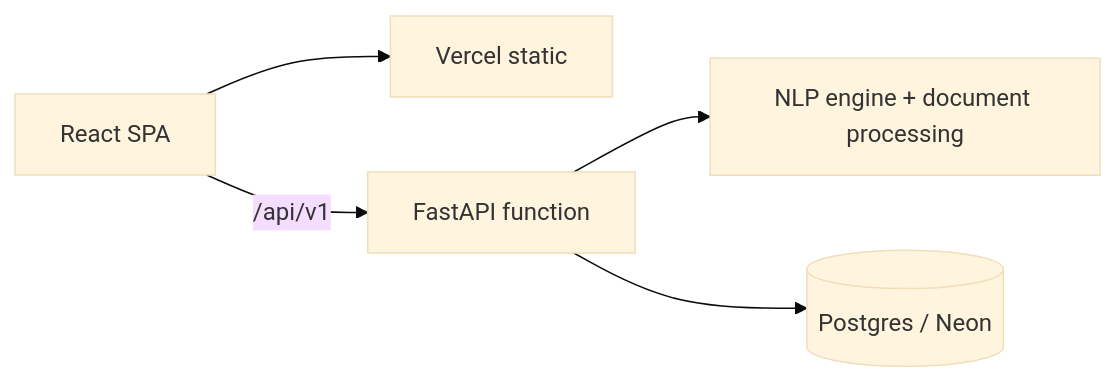
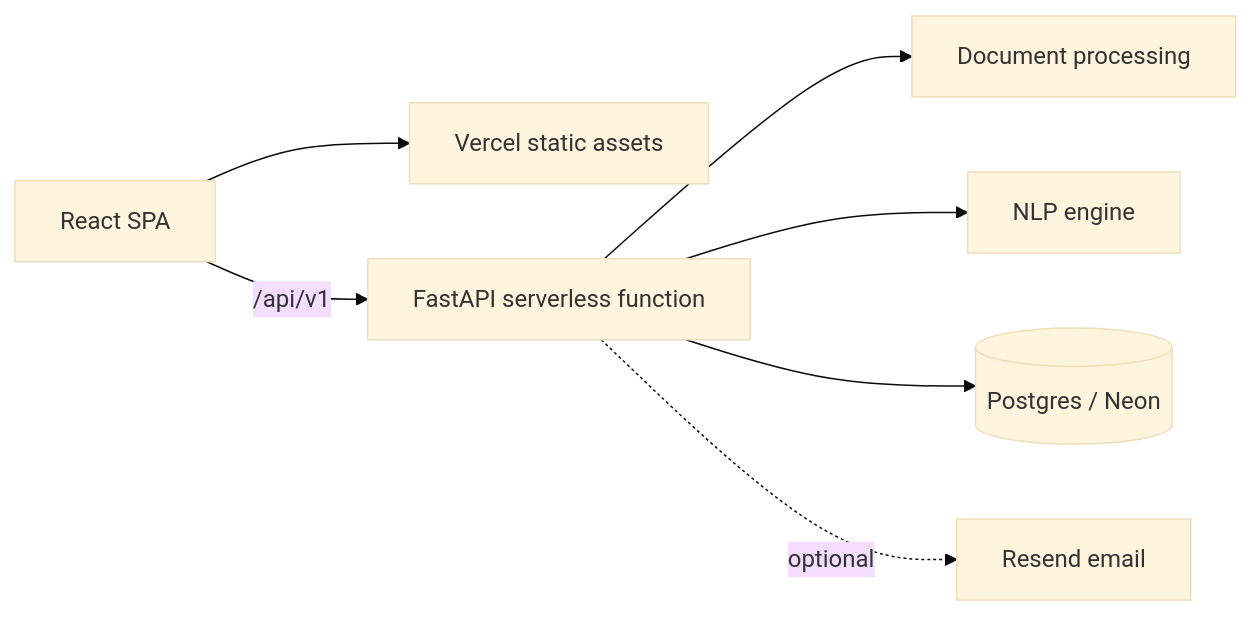
One commit to roySagar2026/CareerLense-AI changed the diagram in README.md. Above: the diagram before and after it, drawn with Mermaid (base theme). The commit also changed other lines of this file, not shown here.

````diff
--- a/README.md
+++ b/README.md
@@ -21,7 +114,9 @@
 ```mermaid
 flowchart LR
-  SPA[React SPA] --> CDN[Vercel static]
-  SPA -- /api/v1 --> API[FastAPI function]
-  API --> NLP[NLP engine + document processing]
+  SPA[React SPA] --> CDN[Vercel static assets]
+  SPA -- "/api/v1" --> API[FastAPI serverless function]
+  API --> DOC[Document processing]
+  API --> NLP[NLP engine]
   API --> DB[(Postgres / Neon)]
+  API -. optional .-> MAIL[Resend email]
 ```
````
